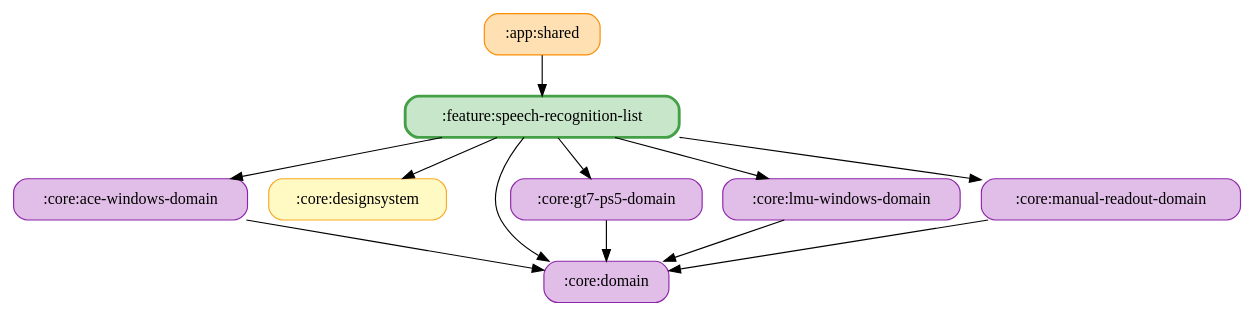
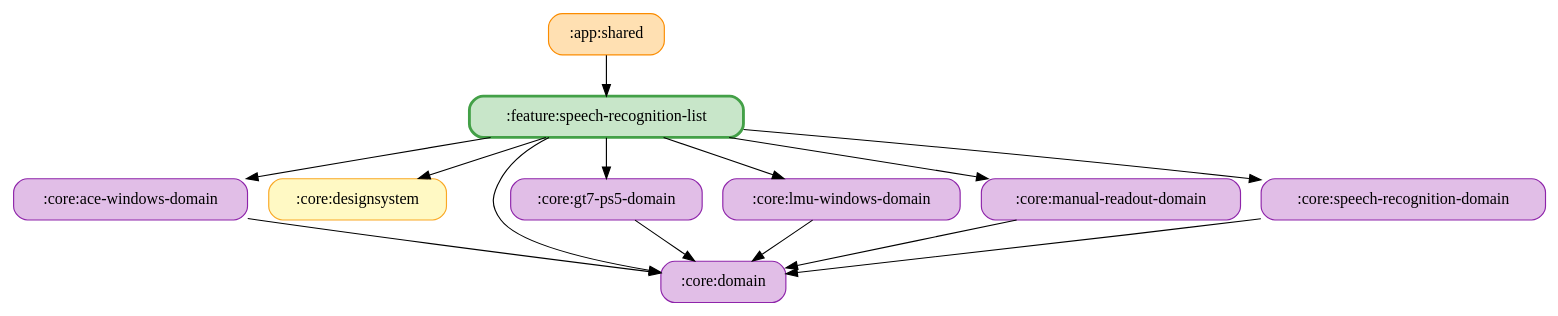
The diagram in docs/graphs/feature-speech-recognition-list.gv (ai-kurou/KoDriver), drawn with Graphviz before and after one commit. The commit also changed 31 other files, not shown here.

Commit message:
chore: update module graph images

```diff
--- a/docs/graphs/feature-speech-recognition-list.gv
+++ b/docs/graphs/feature-speech-recognition-list.gv
@@ -1,23 +1,26 @@
 digraph G {
   rankdir=TB
   node [shape=box, style="rounded,filled"]
   ":app:shared" [fillcolor="#FFE0B2", color="#FB8C00", penwidth=1]
   ":core:ace-windows-domain" [fillcolor="#E1BEE7", color="#8E24AA", penwidth=1]
   ":core:designsystem" [fillcolor="#FFF9C4", color="#F9A825", penwidth=1]
   ":core:domain" [fillcolor="#E1BEE7", color="#8E24AA", penwidth=1]
   ":core:gt7-ps5-domain" [fillcolor="#E1BEE7", color="#8E24AA", penwidth=1]
   ":core:lmu-windows-domain" [fillcolor="#E1BEE7", color="#8E24AA", penwidth=1]
   ":core:manual-readout-domain" [fillcolor="#E1BEE7", color="#8E24AA", penwidth=1]
+  ":core:speech-recognition-domain" [fillcolor="#E1BEE7", color="#8E24AA", penwidth=1]
   ":feature:speech-recognition-list" [fillcolor="#C8E6C9", color="#43A047", penwidth=2.5]
   ":app:shared" -> ":feature:speech-recognition-list"
   ":core:ace-windows-domain" -> ":core:domain"
   ":core:gt7-ps5-domain" -> ":core:domain"
   ":core:lmu-windows-domain" -> ":core:domain"
   ":core:manual-readout-domain" -> ":core:domain"
+  ":core:speech-recognition-domain" -> ":core:domain"
   ":feature:speech-recognition-list" -> ":core:domain"
   ":feature:speech-recognition-list" -> ":core:manual-readout-domain"
+  ":feature:speech-recognition-list" -> ":core:speech-recognition-domain"
   ":feature:speech-recognition-list" -> ":core:designsystem"
   ":feature:speech-recognition-list" -> ":core:ace-windows-domain"
   ":feature:speech-recognition-list" -> ":core:gt7-ps5-domain"
   ":feature:speech-recognition-list" -> ":core:lmu-windows-domain"
 }
```
